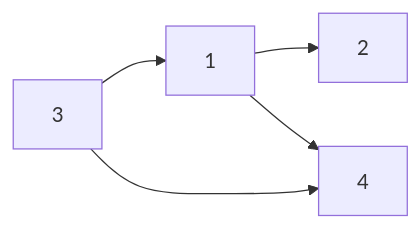
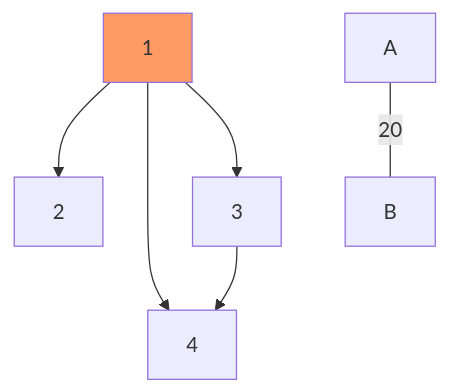
Before and after one commit to SlideeScherz/hacker-rank: the diagram in graph-theory/dijkstra-shortest-reach-2.md, drawn with Mermaid.

````diff
--- a/graph-theory/dijkstra-shortest-reach-2.md
+++ b/graph-theory/dijkstra-shortest-reach-2.md
@@ -24,7 +24,10 @@
 ```mermaid
-flowchart LR
-  1 --> 2
+flowchart TB
+
+  A---|20|B
+  1:::start --> 2
   1 --> 4
-  3 --> 1
+  1 --> 3
   3 --> 4
+  classDef start fill:#f96;
 ```
````
